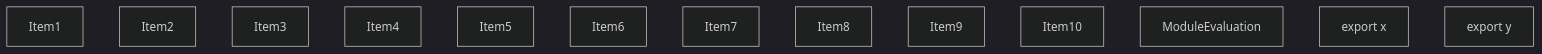
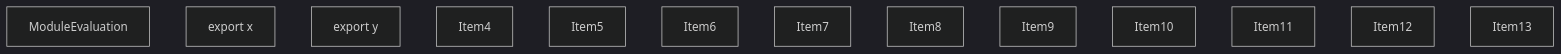
One commit to vercel/turborepo changed the first of 5 diagrams in crates/turbopack-ecmascript/tests/tree-shaker/analyzer/grouping/output.md. Above: the diagram before and after it, drawn with Mermaid (dark theme). The commit also changed other lines of this file and 24 other files, not shown here.

````diff
--- a/crates/turbopack-ecmascript/tests/tree-shaker/analyzer/grouping/output.md
+++ b/crates/turbopack-ecmascript/tests/tree-shaker/analyzer/grouping/output.md
@@ -103,19 +103,19 @@
 ```mermaid
 graph TD
     Item1;
+    Item1["ModuleEvaluation"];
     Item2;
+    Item2["export x"];
     Item3;
+    Item3["export y"];
     Item4;
     Item5;
     Item6;
     Item7;
     Item8;
     Item9;
     Item10;
     Item11;
-    Item11["ModuleEvaluation"];
     Item12;
-    Item12["export x"];
     Item13;
-    Item13["export y"];
 ```
````
